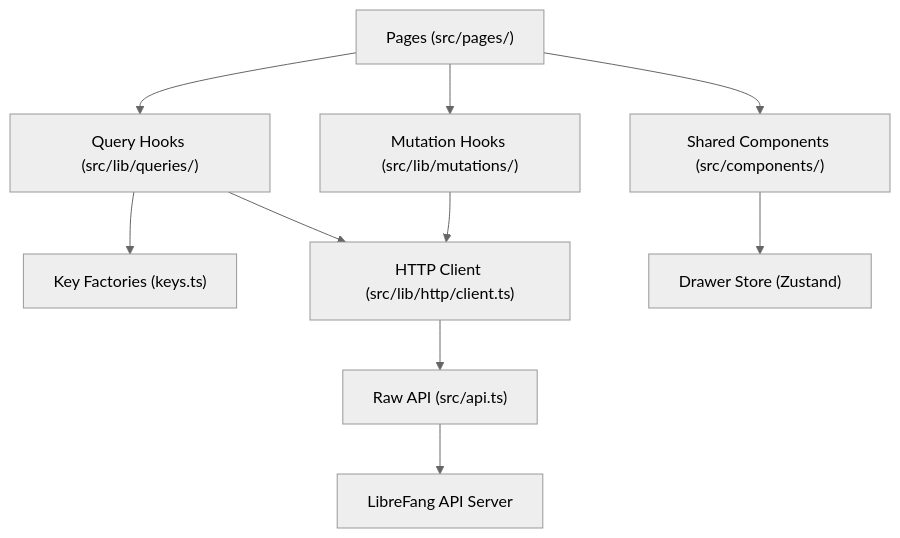
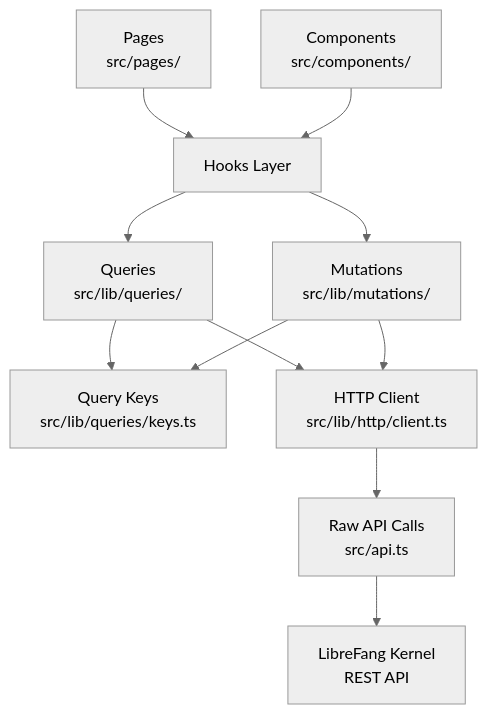
Before and after one commit to leszek3737/librefang-WIki: the diagram in other-librefang-api-dashboard.md, drawn with Mermaid (neutral theme). The commit also changed other lines of this file and 119 other files, not shown here.

````diff
--- a/other-librefang-api-dashboard.md
+++ b/other-librefang-api-dashboard.md
@@ -16,12 +17,13 @@
 ```mermaid
 graph TD
-    Pages["Pages (src/pages/)"] --> QueryHooks["Query Hooks (src/lib/queries/)"]
-    Pages --> MutationHooks["Mutation Hooks (src/lib/mutations/)"]
-    QueryHooks --> KeyFactories["Key Factories (keys.ts)"]
-    QueryHooks --> HttpClient["HTTP Client (src/lib/http/client.ts)"]
-    MutationHooks --> HttpClient
-    HttpClient --> ApiLayer["Raw API (src/api.ts)"]
-    ApiLayer --> Backend["LibreFang API Server"]
-    Pages --> Components["Shared Components (src/components/)"]
-    Components --> DrawerStore["Drawer Store (Zustand)"]
+    A["Pages<br/>src/pages/"] --> B["Hooks Layer"]
+    B --> C["Queries<br/>src/lib/queries/"]
+    B --> D["Mutations<br/>src/lib/mutations/"]
+    C --> E["Query Keys<br/>src/lib/queries/keys.ts"]
+    D --> E
+    C --> F["HTTP Client<br/>src/lib/http/client.ts"]
+    D --> F
+    F --> G["Raw API Calls<br/>src/api.ts"]
+    G --> H["LibreFang Kernel<br/>REST API"]
+    I["Components<br/>src/components/"] --> B
 ```
````
